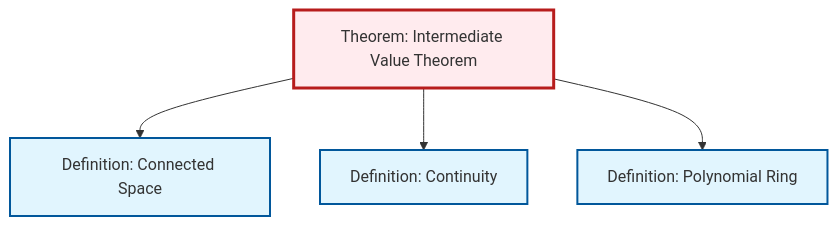
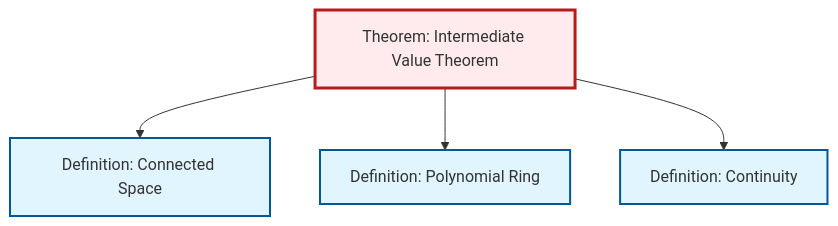
The diagram in content/ja/topology/thm-intermediate-value.qmd (RK0429/ModernMath), drawn with Mermaid before and after one commit. The commit also changed other lines of this file and 654 other files, not shown here.

````diff
--- a/content/ja/topology/thm-intermediate-value.qmd
+++ b/content/ja/topology/thm-intermediate-value.qmd
@@ -52,20 +52,20 @@
 ```{mermaid}
 %%| fig-cap: "Local dependency graph"
 graph TD
     classDef definition fill:#e1f5fe,stroke:#01579b,stroke-width:2px
     classDef theorem fill:#f3e5f5,stroke:#4a148c,stroke-width:2px
     classDef axiom fill:#fff3e0,stroke:#e65100,stroke-width:2px
     classDef example fill:#e8f5e9,stroke:#1b5e20,stroke-width:2px
     classDef current fill:#ffebee,stroke:#b71c1c,stroke-width:3px
     thm-intermediate-value["Theorem: Intermediate Value Theorem"]:::theorem
+    def-connected["Definition: Connected Space"]:::definition
+    def-polynomial-ring["Definition: Polynomial Ring"]:::definition
     def-continuity["Definition: Continuity"]:::definition
-    def-polynomial-ring["Definition: Polynomial Ring"]:::definition
-    def-connected["Definition: Connected Space"]:::definition
     thm-intermediate-value --> def-connected
+    thm-intermediate-value --> def-polynomial-ring
     thm-intermediate-value --> def-continuity
-    thm-intermediate-value --> def-polynomial-ring
     class thm-intermediate-value current
+    click def-connected "def-connected.html" "Definition: Connected Spaceへ"
+    click def-polynomial-ring "def-polynomial-ring.html" "Definition: Polynomial Ringへ"
     click def-continuity "def-continuity.html" "Definition: Continuityへ"
-    click def-polynomial-ring "def-polynomial-ring.html" "Definition: Polynomial Ringへ"
-    click def-connected "def-connected.html" "Definition: Connected Spaceへ"
 ```
````
